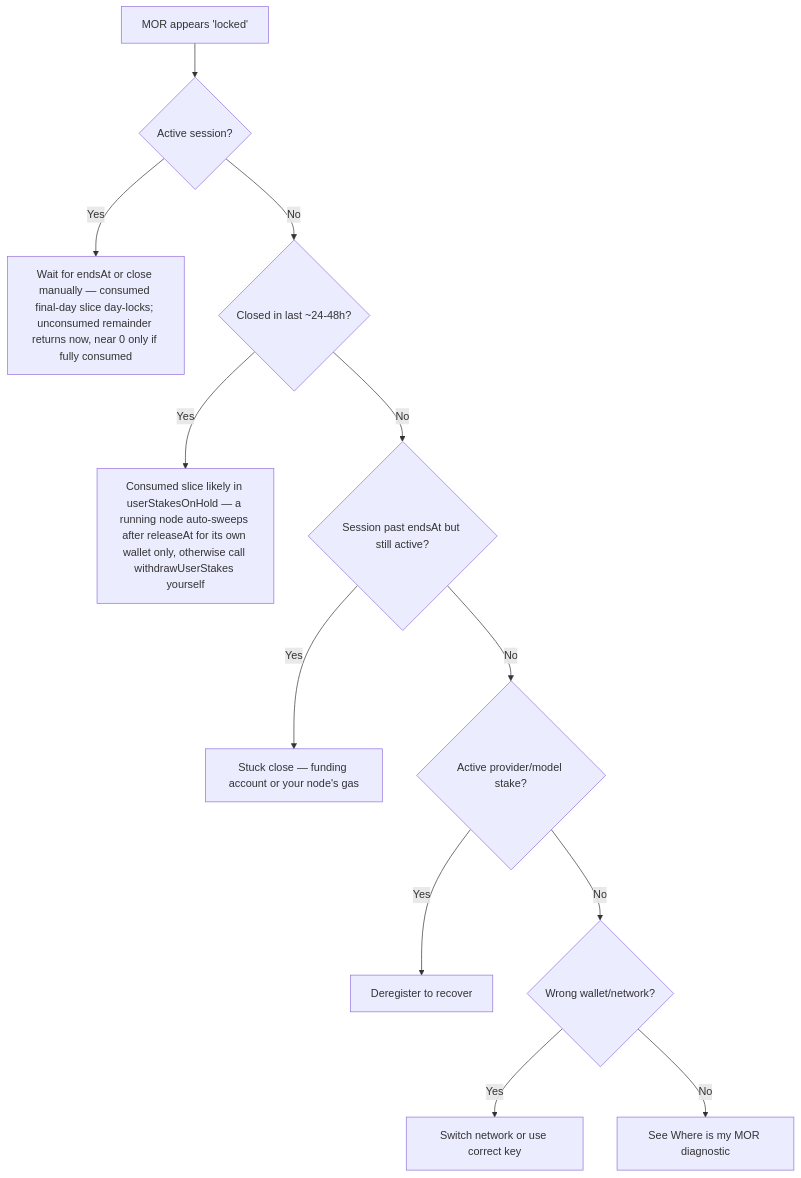
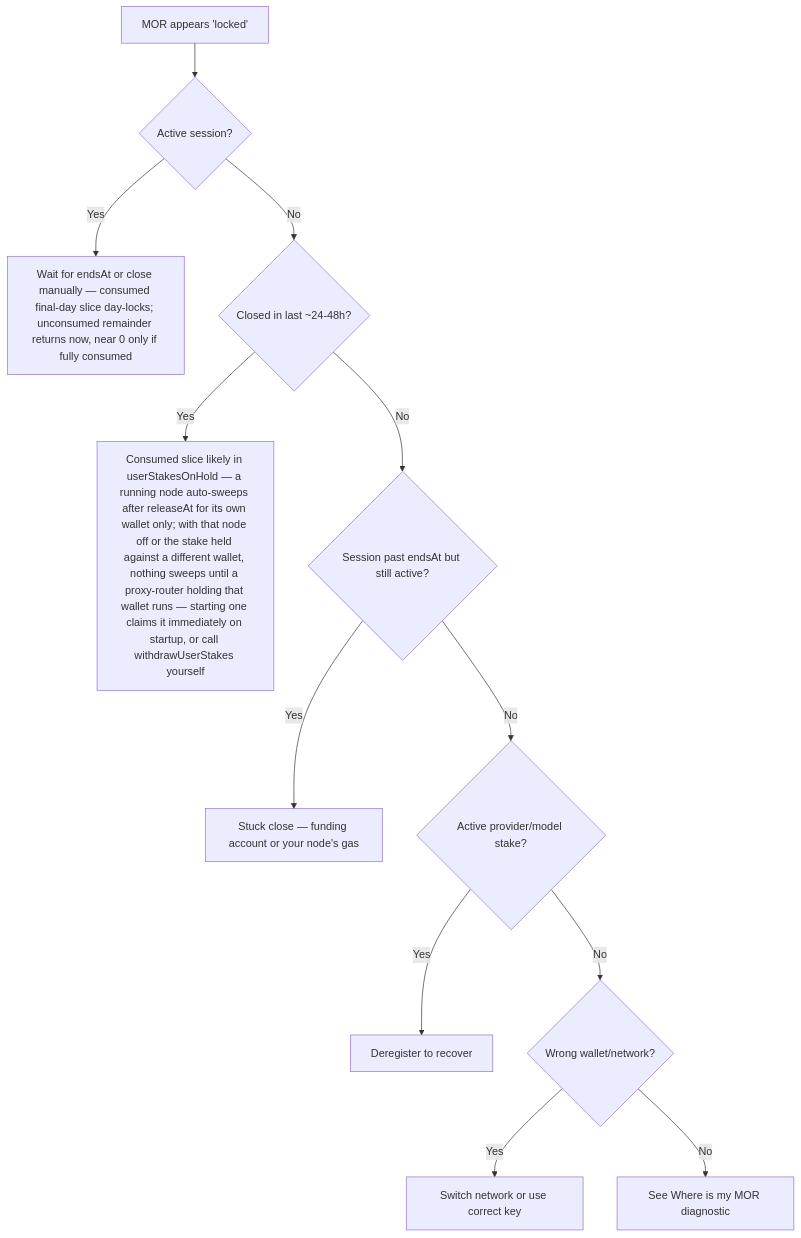
Before and after one commit to cowboycoderhq/Morpheus-Lumerin-Node: the diagram in docs/ai/why-locked-in-contract.mdx, drawn with Mermaid. The commit also changed 13 other files, not shown here.

````diff
--- a/docs/ai/why-locked-in-contract.mdx
+++ b/docs/ai/why-locked-in-contract.mdx
@@ -56,14 +56,14 @@
 ```mermaid
 flowchart TD
   Start[MOR appears 'locked'] --> Q1{Active session?}
   Q1 -->|Yes| A1[Wait for endsAt or close manually — consumed final-day slice day-locks; unconsumed remainder returns now, near 0 only if fully consumed]
   Q1 -->|No| Q2{Closed in last ~24-48h?}
-  Q2 -->|Yes| A2[Consumed slice likely in userStakesOnHold — a running node auto-sweeps after releaseAt for its own wallet only, otherwise call withdrawUserStakes yourself]
+  Q2 -->|Yes| A2[Consumed slice likely in userStakesOnHold — a running node auto-sweeps after releaseAt for its own wallet only; with that node off or the stake held against a different wallet, nothing sweeps until a proxy-router holding that wallet runs — starting one claims it immediately on startup, or call withdrawUserStakes yourself]
   Q2 -->|No| Q3{Session past endsAt but still active?}
   Q3 -->|Yes| A3[Stuck close — funding account or your node's gas]
   Q3 -->|No| Q4{Active provider/model stake?}
   Q4 -->|Yes| A4[Deregister to recover]
   Q4 -->|No| Q5{Wrong wallet/network?}
   Q5 -->|Yes| A5[Switch network or use correct key]
   Q5 -->|No| A6[See Where is my MOR diagnostic]
 ```
````
